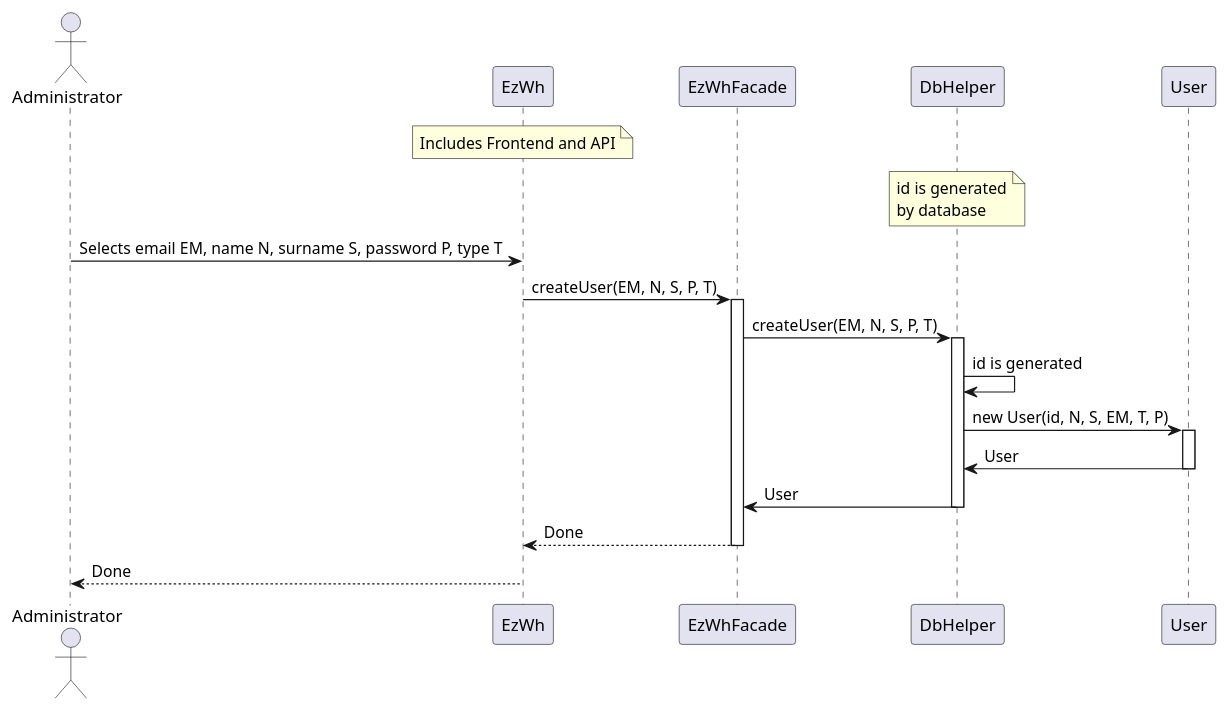
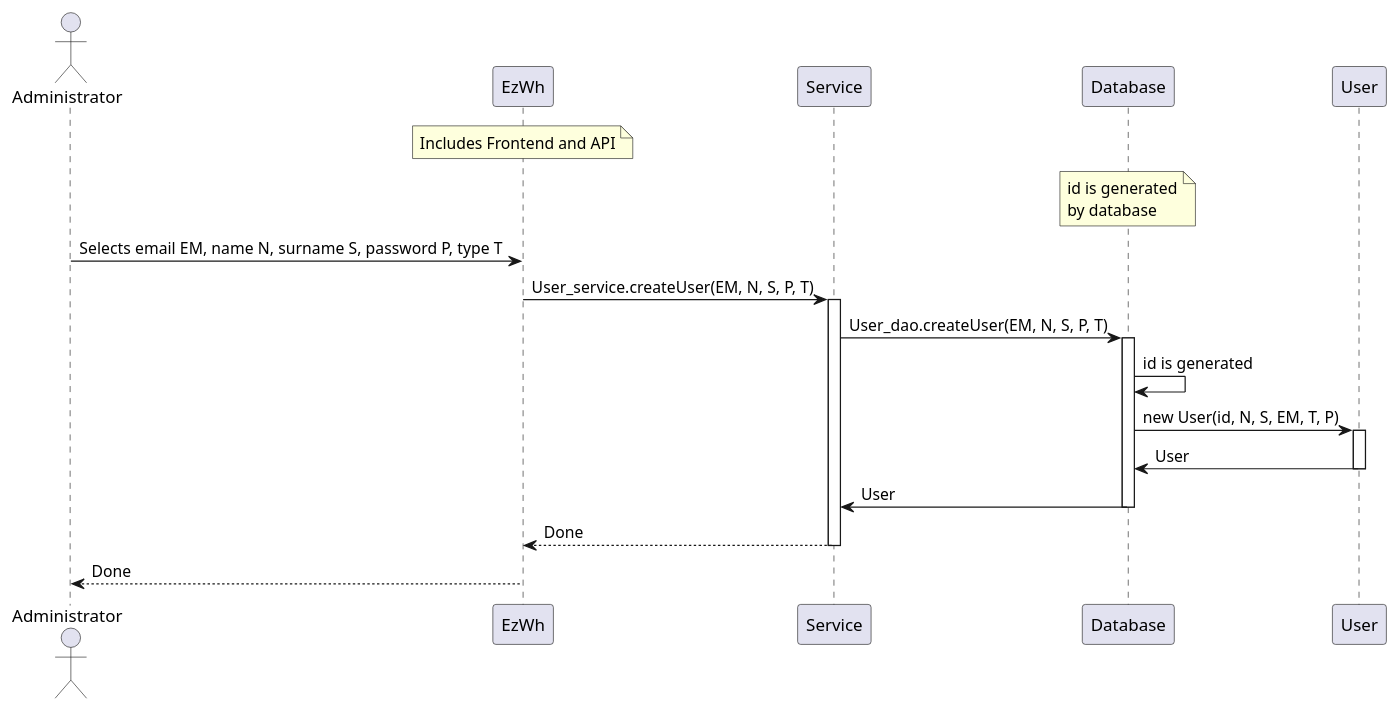
Before and after one commit to giuseppe-dandrea/EzWh: the seventh of 12 diagrams in DesignDocument.md, drawn with PlantUML. The commit also changed other lines of this file and 3 other files, not shown here.

````diff
--- a/DesignDocument.md
+++ b/DesignDocument.md
@@ -689,25 +682,25 @@
 ```plantuml
 actor Administrator
 participant EzWh
 note over EzWh: Includes Frontend and API
-participant EzWhFacade
-participant DbHelper
-note over DbHelper: id is generated\nby database
+participant Service
+participant Database
+note over Database: id is generated\nby database
 participant User
 
 Administrator -> EzWh: Selects email EM, name N, surname S, password P, type T
-EzWh -> EzWhFacade: createUser(EM, N, S, P, T)
-activate EzWhFacade
-EzWhFacade -> DbHelper: createUser(EM, N, S, P, T)
-activate DbHelper
-DbHelper -> DbHelper: id is generated
-DbHelper -> User: new User(id, N, S, EM, T, P)
+EzWh -> Service: User_service.createUser(EM, N, S, P, T)
+activate Service
+Service -> Database: User_dao.createUser(EM, N, S, P, T)
+activate Database
+Database -> Database: id is generated
+Database -> User: new User(id, N, S, EM, T, P)
 activate User
-User -> DbHelper: User
+User -> Database: User
 deactivate User
-DbHelper -> EzWhFacade: User
-deactivate DbHelper
-EzWhFacade --> EzWh: Done
-deactivate EzWhFacade
+Database -> Service: User
+deactivate Database
+Service --> EzWh: Done
+deactivate Service
 EzWh --> Administrator: Done
 ```
````
